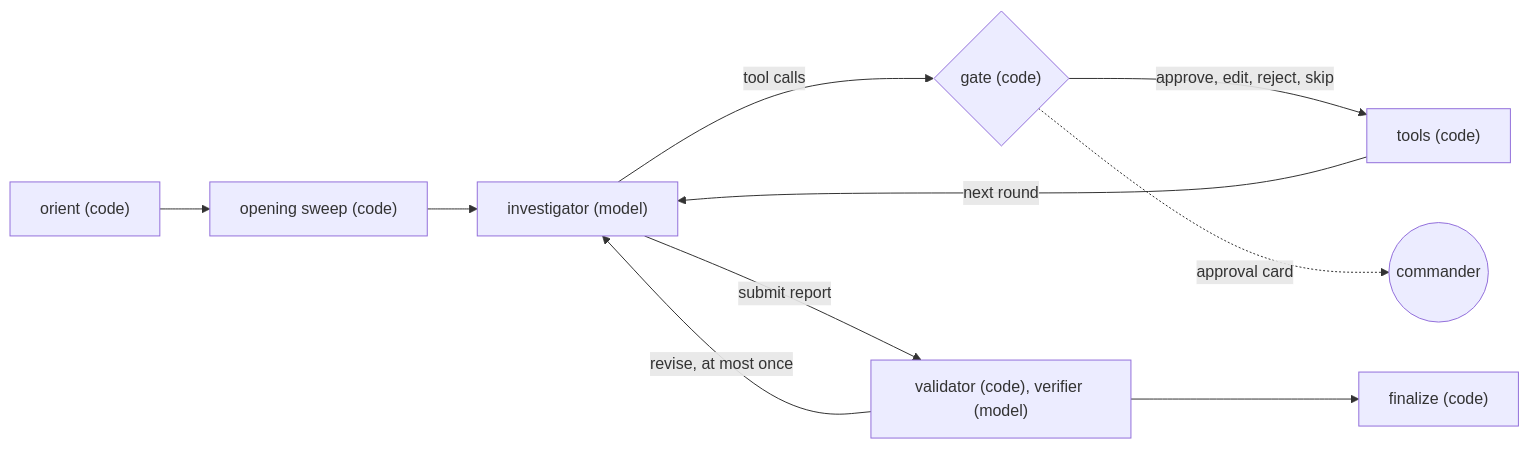
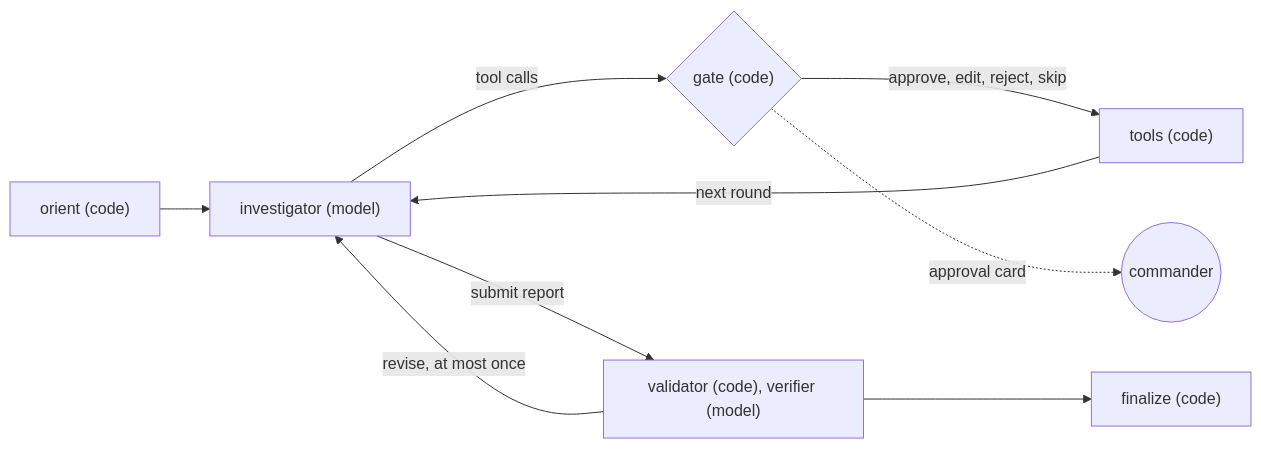
The second of 2 diagrams in README.md (rhyswdev/biggy-smalls), drawn with Mermaid before and after one commit. The commit also changed other lines of this file and 7 other files, not shown here.

````diff
--- a/README.md
+++ b/README.md
@@ -164,11 +182,11 @@
 ```mermaid
 flowchart LR
-    O["orient (code)"] --> S["opening sweep (code)"] --> A["investigator (model)"]
+    O["orient (code)"] --> A["investigator (model)"]
     A -->|"tool calls"| G{"gate (code)"}
     G -->|"approve, edit, reject, skip"| T["tools (code)"]
     T -->|"next round"| A
     A -->|"submit report"| V["validator (code), verifier (model)"]
     V -->|"revise, at most once"| A
     V --> F["finalize (code)"]
     G -.->|"approval card"| H(("commander"))
 ```
````
